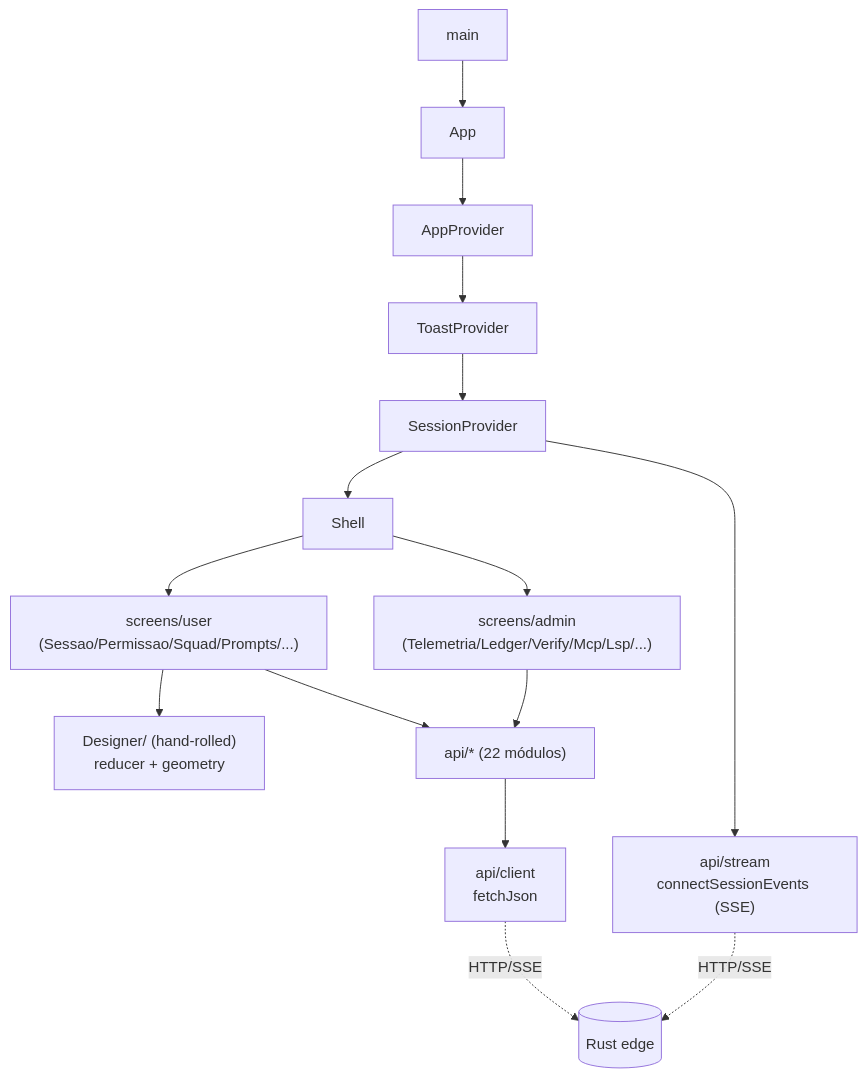
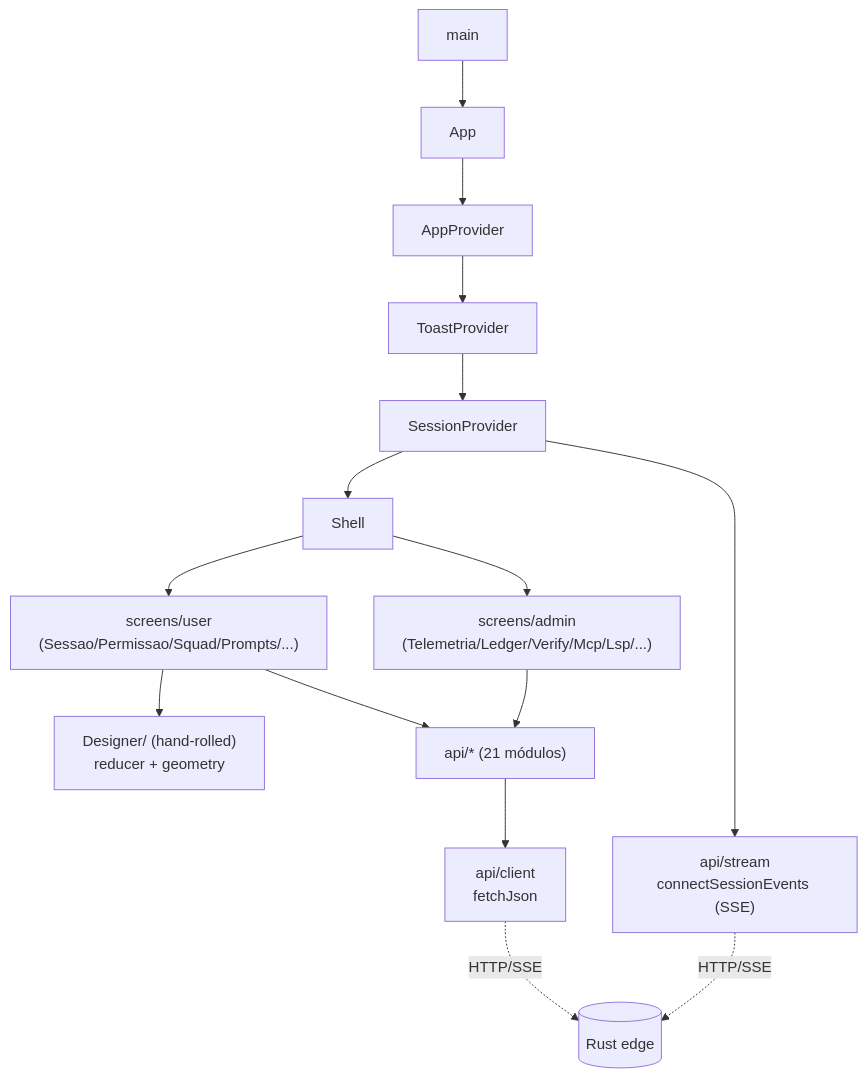
Before and after one commit to danzeroum/btv: the fourth of 4 diagrams in docs/documentacao/diagramas/14-modulos-python-e-frontend.md, drawn with Mermaid. The commit also changed 4 other files, not shown here.

First line of the commit message:
docs(documentacao): reconcilia diagramas/ com o código atual

````diff
--- a/docs/documentacao/diagramas/14-modulos-python-e-frontend.md
+++ b/docs/documentacao/diagramas/14-modulos-python-e-frontend.md
@@ -98,12 +98,12 @@
 ```mermaid
 flowchart TB
     main2[main] --> App2[App]
     App2 --> AppProvider2[AppProvider] --> ToastProvider --> SessionProvider --> Shell2[Shell]
     Shell2 --> user["screens/user\n(Sessao/Permissao/Squad/Prompts/...)"]
     Shell2 --> admin["screens/admin\n(Telemetria/Ledger/Verify/Mcp/Lsp/...)"]
     user --> Designer2["Designer/ (hand-rolled)\nreducer + geometry"]
     SessionProvider --> stream["api/stream\nconnectSessionEvents (SSE)"]
-    user & admin --> api22["api/* (22 módulos)"]
+    user & admin --> api22["api/* (21 módulos)"]
     api22 --> client2["api/client\nfetchJson"]
     stream & client2 -.->|HTTP/SSE| rust2[(Rust edge)]
 ```
````
